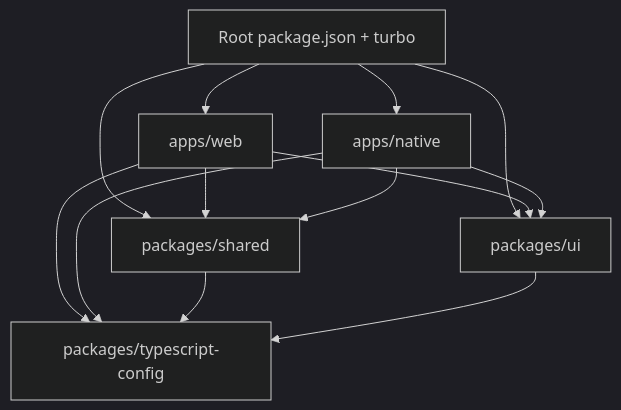
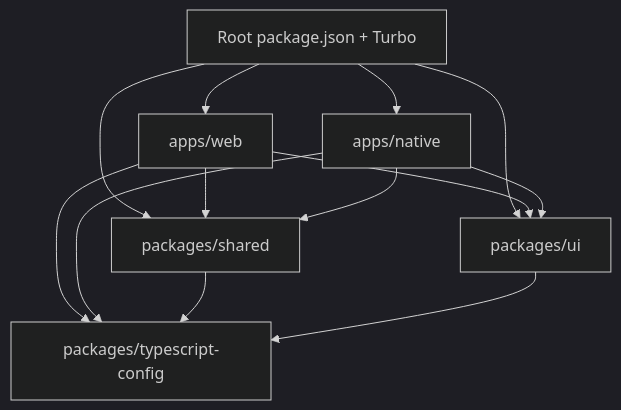
Before and after one commit to coquach/social-network-2.0: the second of 3 diagrams in README.md, drawn with Mermaid (dark theme). The commit also changed other lines of this file and 21 other files, not shown here.

````diff
--- a/README.md
+++ b/README.md
@@ -51,24 +78,24 @@
 ```mermaid
 flowchart TD
-  Root[Root package.json + turbo]
-  Web[apps/web]
-  Native[apps/native]
-  Shared[packages/shared]
-  UI[packages/ui]
-  TS[packages/typescript-config]
+  Root["Root package.json + Turbo"]
+  Web["apps/web"]
+  Native["apps/native"]
+  Shared["packages/shared"]
+  UI["packages/ui"]
+  TS["packages/typescript-config"]
 
   Root --> Web
   Root --> Native
   Root --> Shared
   Root --> UI
 
   Web --> Shared
   Web --> UI
   Native --> Shared
   Native --> UI
 
   Web --> TS
   Native --> TS
   Shared --> TS
   UI --> TS
 ```
````
